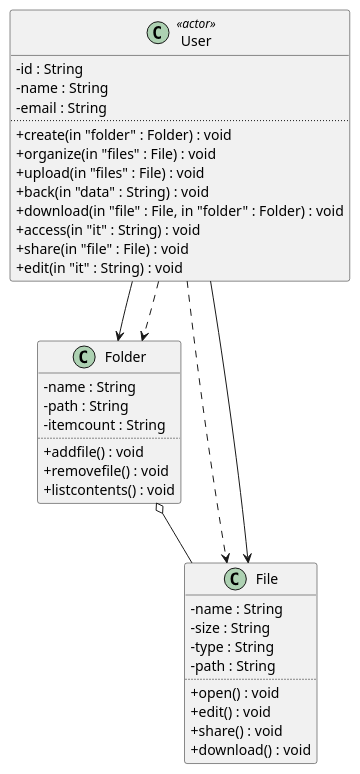
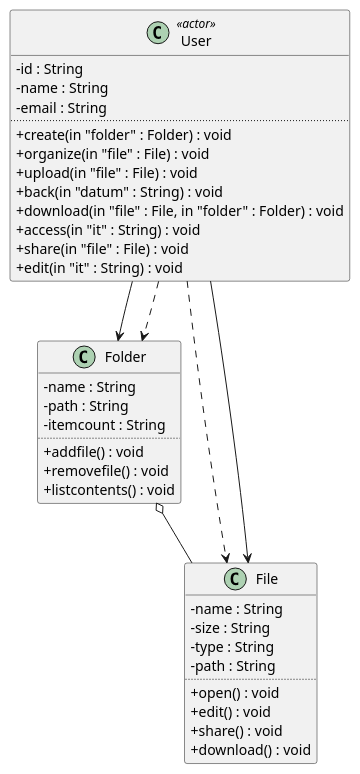
The diagram in user_stories/golden_puml/class_test_Cloud_Storage.puml (qamaruddin-qureshi/fyp-uml-diagram-generator), drawn with PlantUML before and after one commit. The commit also changed 7 other files, not shown here.

```diff
--- a/user_stories/golden_puml/class_test_Cloud_Storage.puml
+++ b/user_stories/golden_puml/class_test_Cloud_Storage.puml
@@ -1,42 +1,42 @@
 @startuml
 skinparam classAttributeIconSize 0
 class "User" as User <<actor>> {
   -id : String
   -name : String
   -email : String
   ..
   +create(in "folder" : Folder) : void
-  +organize(in "files" : File) : void
-  +upload(in "files" : File) : void
-  +back(in "data" : String) : void
+  +organize(in "file" : File) : void
+  +upload(in "file" : File) : void
+  +back(in "datum" : String) : void
   +download(in "file" : File, in "folder" : Folder) : void
   +access(in "it" : String) : void
   +share(in "file" : File) : void
   +edit(in "it" : String) : void
 }
 class "Folder" as Folder  {
   -name : String
   -path : String
   -itemcount : String
   ..
   +addfile() : void
   +removefile() : void
   +listcontents() : void
 }
 class "File" as File  {
   -name : String
   -size : String
   -type : String
   -path : String
   ..
   +open() : void
   +edit() : void
   +share() : void
   +download() : void
 }
 User --> Folder
 User ..> File
 Folder o-- File
 User --> File
 User ..> Folder
 @enduml
```
